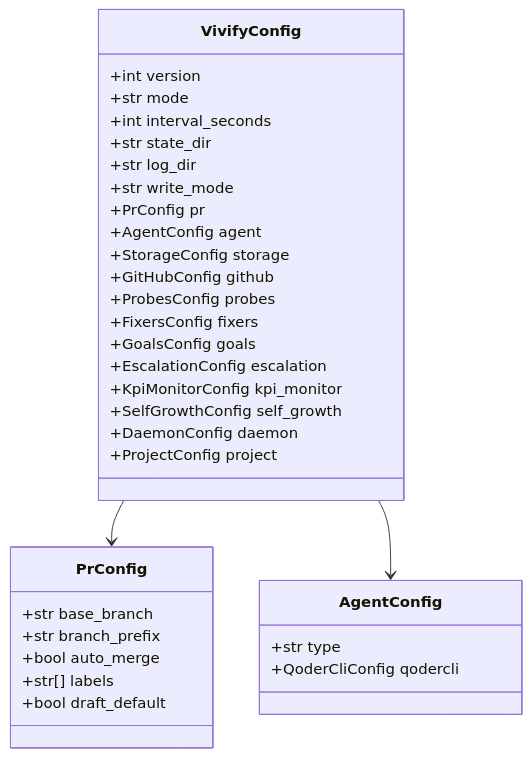
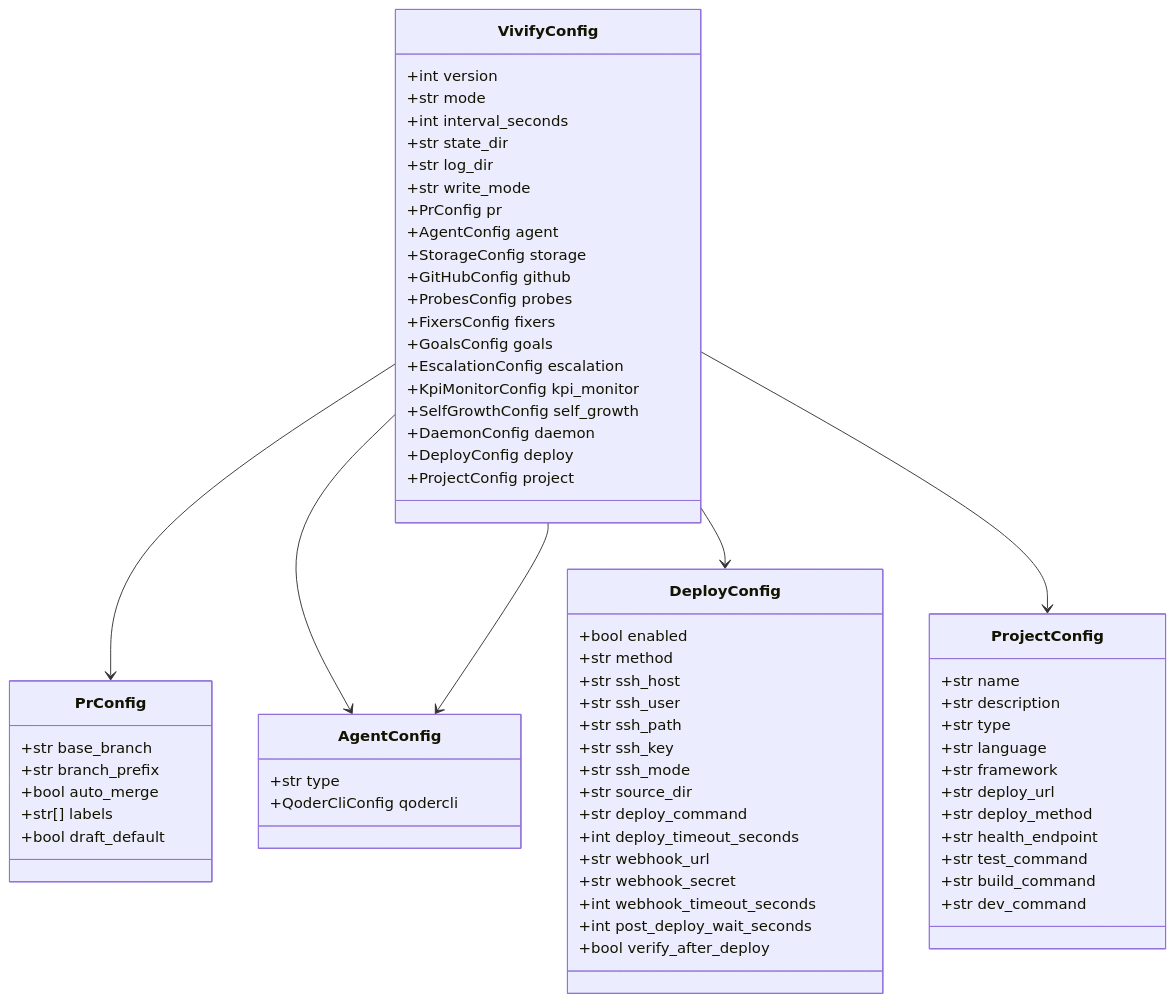
The third of 9 diagrams in .qoder/repowiki/zh/content/技术实现参考/配置文件更新/配置文件更新.md (pinsonchen/vivify), drawn with Mermaid before and after one commit. The commit also changed other lines of this file and 4 other files, not shown here.

````diff
--- a/.qoder/repowiki/zh/content/技术实现参考/配置文件更新/配置文件更新.md
+++ b/.qoder/repowiki/zh/content/技术实现参考/配置文件更新/配置文件更新.md
@@ -198,36 +257,70 @@
 ```mermaid
 classDiagram
 class VivifyConfig {
 +int version
 +str mode
 +int interval_seconds
 +str state_dir
 +str log_dir
 +str write_mode
 +PrConfig pr
 +AgentConfig agent
 +StorageConfig storage
 +GitHubConfig github
 +ProbesConfig probes
 +FixersConfig fixers
 +GoalsConfig goals
 +EscalationConfig escalation
 +KpiMonitorConfig kpi_monitor
 +SelfGrowthConfig self_growth
 +DaemonConfig daemon
++DeployConfig deploy
 +ProjectConfig project
 }
 class PrConfig {
 +str base_branch
 +str branch_prefix
 +bool auto_merge
 +str[] labels
 +bool draft_default
 }
 class AgentConfig {
 +str type
 +QoderCliConfig qodercli
 }
+class DeployConfig {
++bool enabled
++str method
++str ssh_host
++str ssh_user
++str ssh_path
++str ssh_key
++str ssh_mode
++str source_dir
++str deploy_command
++int deploy_timeout_seconds
++str webhook_url
++str webhook_secret
++int webhook_timeout_seconds
++int post_deploy_wait_seconds
++bool verify_after_deploy
+}
+class ProjectConfig {
++str name
++str description
++str type
++str language
++str framework
++str deploy_url
++str deploy_method
++str health_endpoint
++str test_command
++str build_command
++str dev_command
+}
 VivifyConfig --> PrConfig
 VivifyConfig --> AgentConfig
+VivifyConfig --> DeployConfig
+VivifyConfig --> ProjectConfig
+VivifyConfig --> AgentConfig
 ```
````
